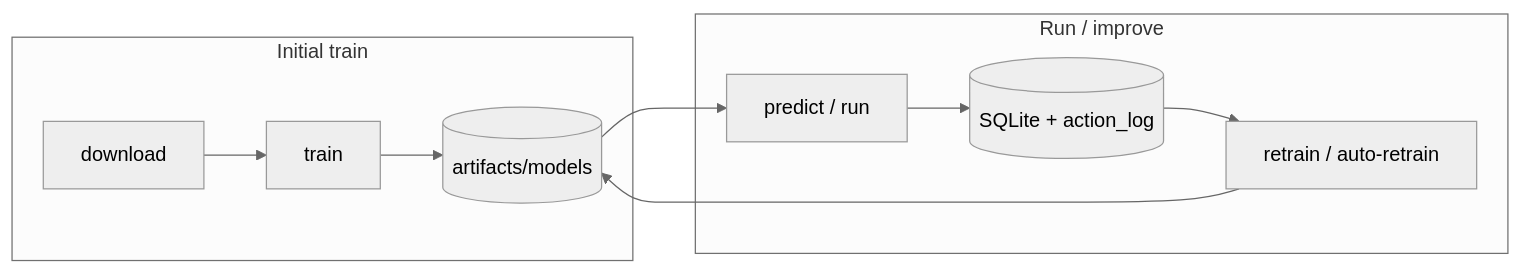
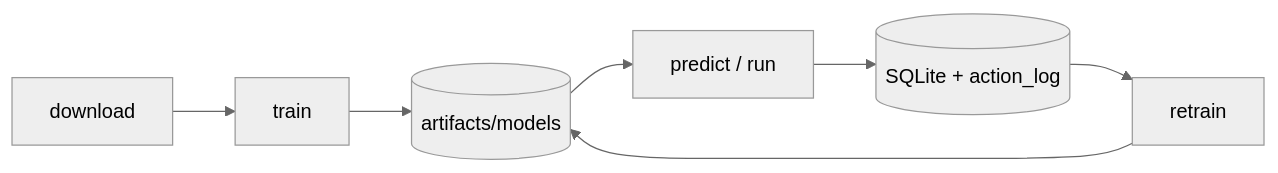
Before and after one commit to AsP3X/epochAI: the diagram in docs/get-started.md, drawn with Mermaid (neutral theme). The commit also changed other lines of this file and 7 other files, not shown here.

````diff
--- a/docs/get-started.md
+++ b/docs/get-started.md
@@ -18,13 +20,6 @@
 ```mermaid
 flowchart LR
-  subgraph train["Initial train"]
-    DL[download] --> TR[train]
-    TR --> REG[(artifacts/models)]
-  end
-  subgraph run["Run / improve"]
-    REG --> PRED[predict / run]
-    PRED --> LOG[(SQLite + action_log)]
-    LOG --> RT[retrain / auto-retrain]
-    RT --> REG
-  end
+  DL[download] --> TR[train] --> REG[(artifacts/models)]
+  REG --> RUN[predict / run] --> LOG[(SQLite + action_log)]
+  LOG --> RT[retrain] --> REG
 ```
````
